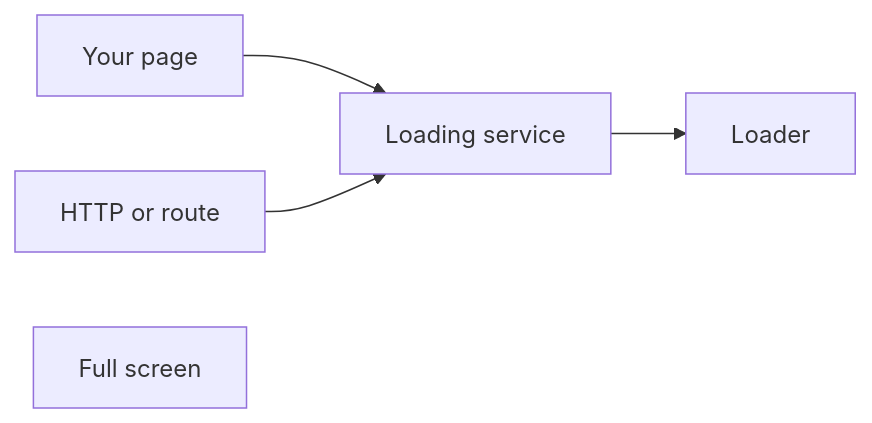
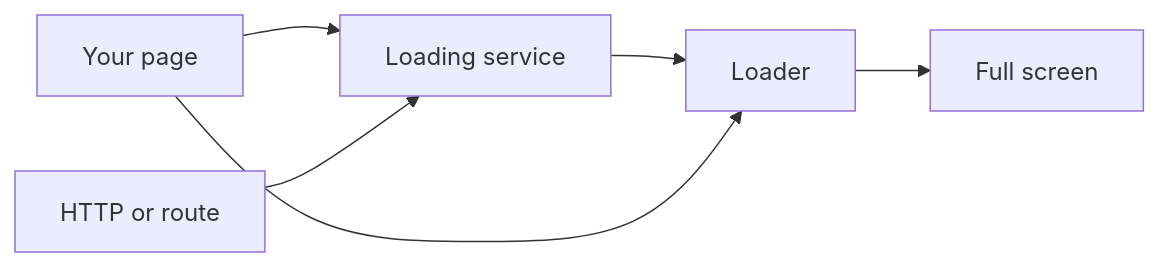
One commit to RajshekharBorate/pixel-ui changed the first of 5 diagrams in projects/pixel-ui/src/lib/pixel-loader/DESIGN.md. Above: the diagram before and after it, drawn with Mermaid. The commit also changed other lines of this file and 80 other files, not shown here.

Commit message:
Fill missing design flows and correct the stories that did not match component behavior.

````diff
--- a/projects/pixel-ui/src/lib/pixel-loader/DESIGN.md
+++ b/projects/pixel-ui/src/lib/pixel-loader/DESIGN.md
@@ -18,11 +18,13 @@
 ```mermaid
 flowchart LR
   page["Your page"]
   service["Loading service"]
   loader["Loader"]
   http["HTTP or route"]
   screen["Full screen"]
   page --> service
   service --> loader
   http --> service
+  page --> loader
+  loader --> screen
 ```
````
